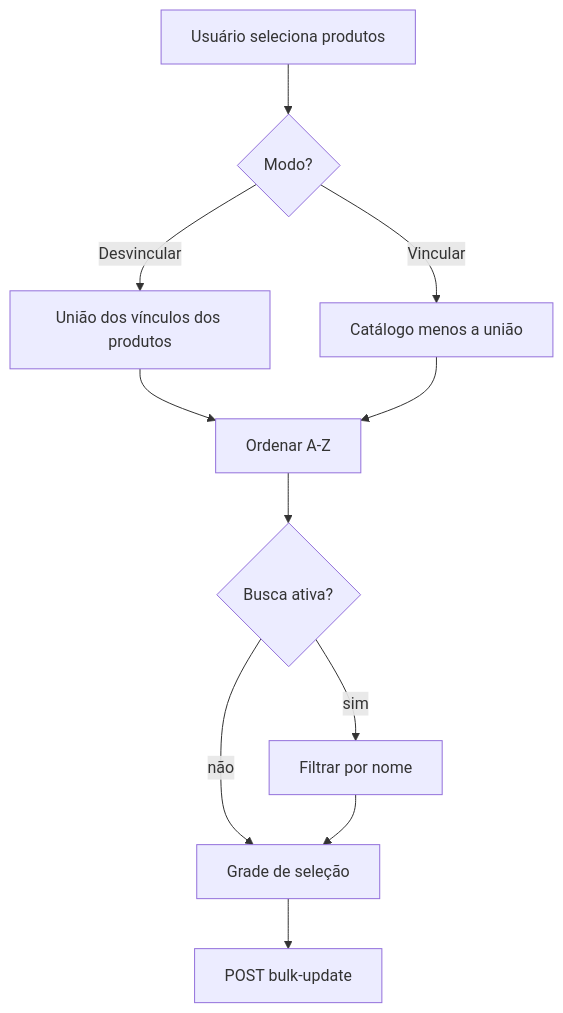
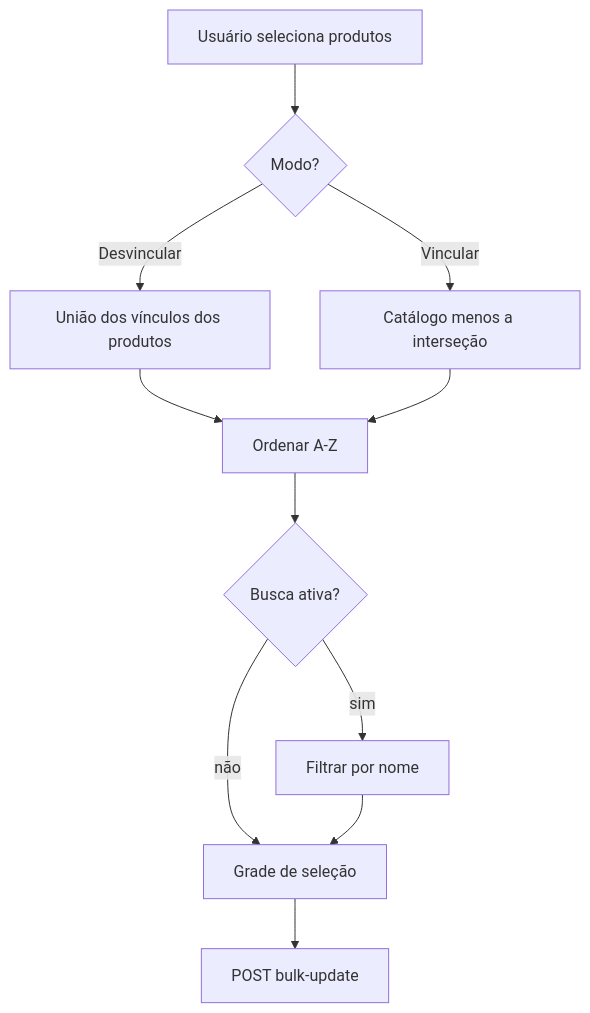
Before and after one commit to albertobarcelos/jiffy-gestor-v2: the diagram in docs/arquitetura-jiffy/5.presentation/3.FLUXO_VINCULO_LOTE.md, drawn with Mermaid. The commit also changed other lines of this file and 4 other files, not shown here.

````diff
--- a/docs/arquitetura-jiffy/5.presentation/3.FLUXO_VINCULO_LOTE.md
+++ b/docs/arquitetura-jiffy/5.presentation/3.FLUXO_VINCULO_LOTE.md
@@ -55,13 +56,13 @@
 ```mermaid
 flowchart TD
   A[Usuário seleciona produtos] --> B{Modo?}
   B -->|Desvincular| C[União dos vínculos dos produtos]
-  B -->|Vincular| D[Catálogo menos a união]
+  B -->|Vincular| D[Catálogo menos a interseção]
   C --> E[Ordenar A-Z]
   D --> E
   E --> F{Busca ativa?}
   F -->|sim| G[Filtrar por nome]
   F -->|não| H[Grade de seleção]
   G --> H
   H --> I[POST bulk-update]
 ```
````
